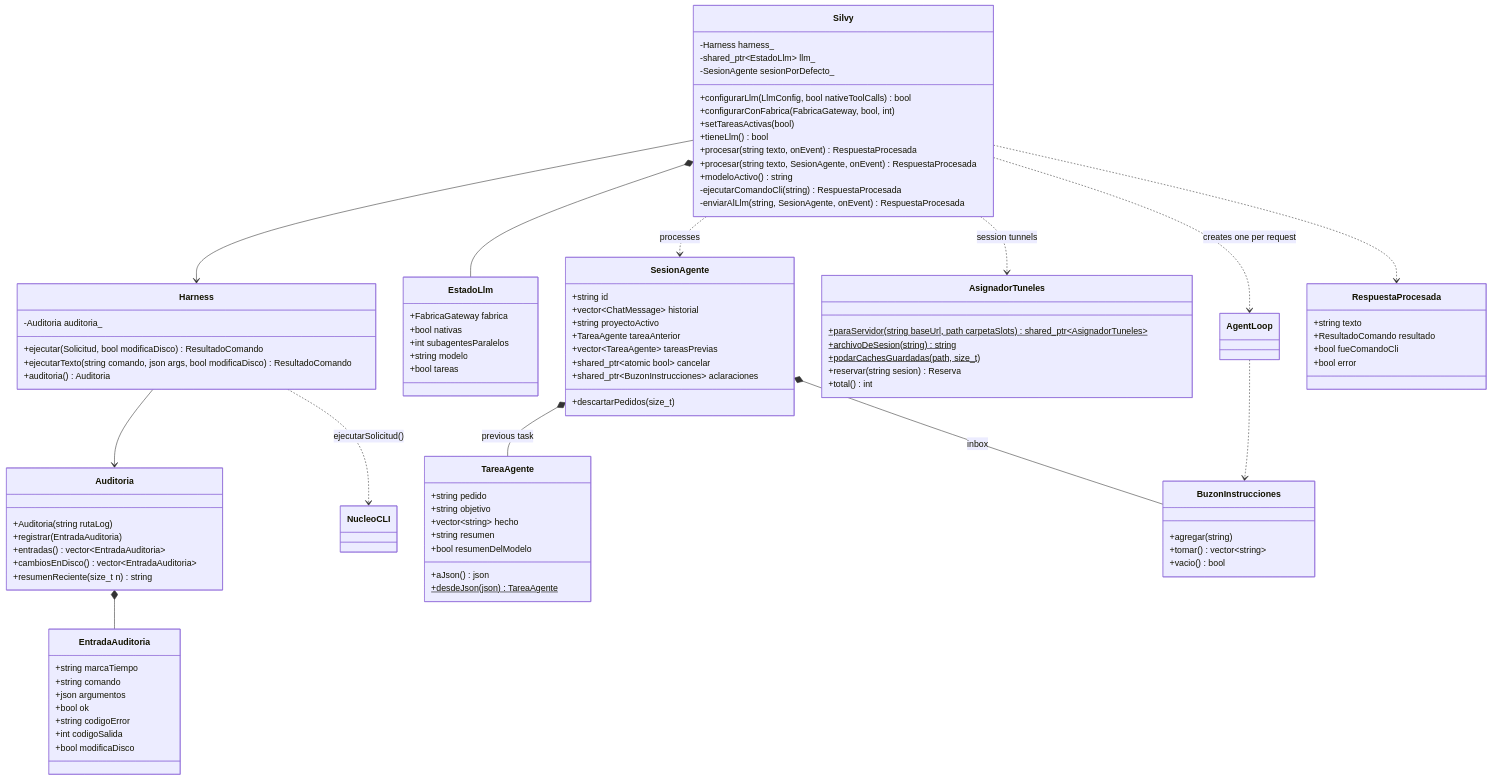
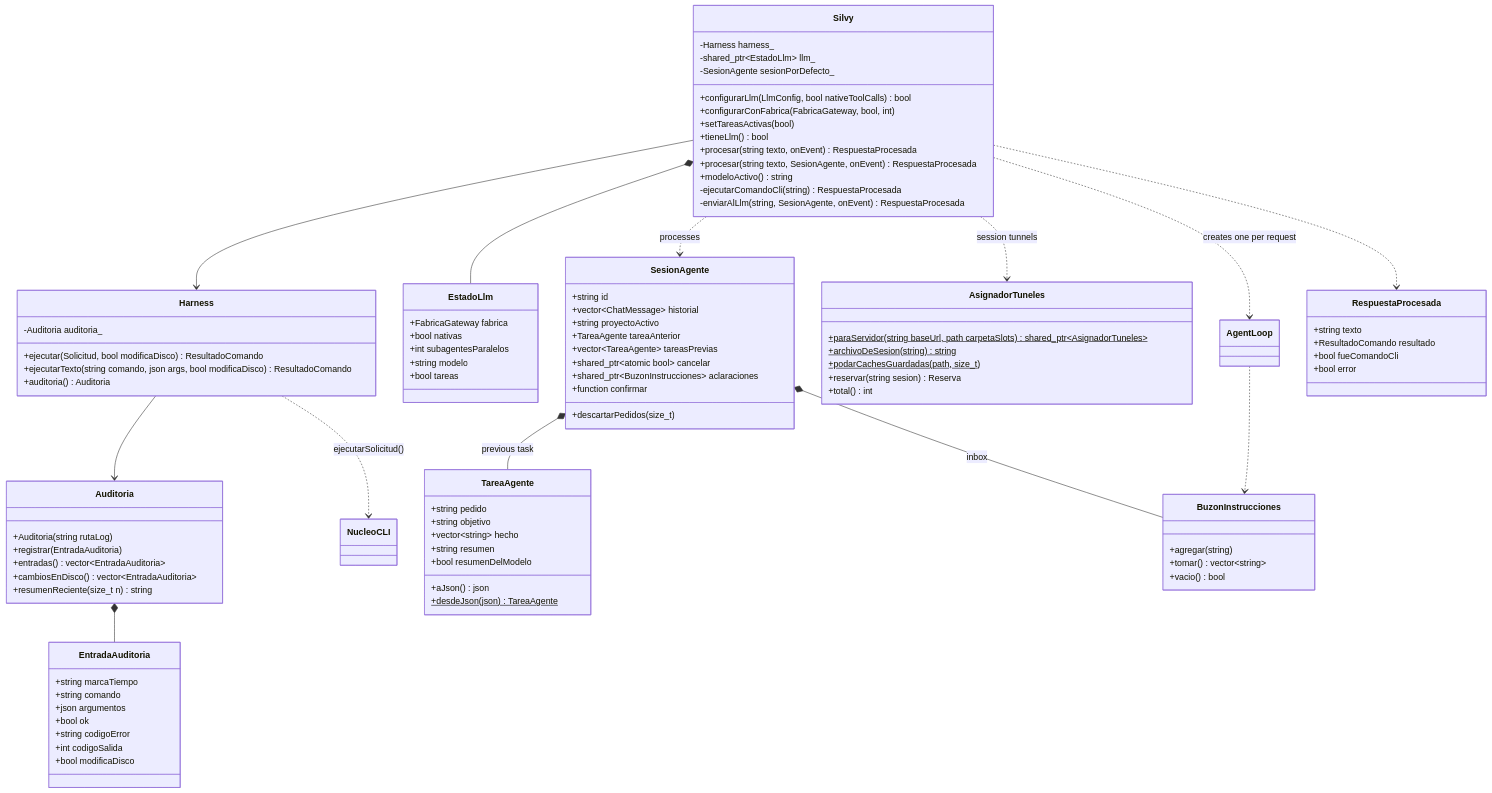
Before and after one commit to FunshiEngine/FunshiEngineCLI: the third of 8 diagrams in doc/uml/DiagramaClases.eng.md, drawn with Mermaid. The commit also changed other lines of this file and 5 other files, not shown here.

```diff
--- a/doc/uml/DiagramaClases.eng.md
+++ b/doc/uml/DiagramaClases.eng.md
@@ -157,6 +157,7 @@
         +vector~TareaAgente~ tareasPrevias
         +shared_ptr~atomic bool~ cancelar
         +shared_ptr~BuzonInstrucciones~ aclaraciones
+        +function confirmar
         +descartarPedidos(size_t)
     }
     class BuzonInstrucciones {
```
